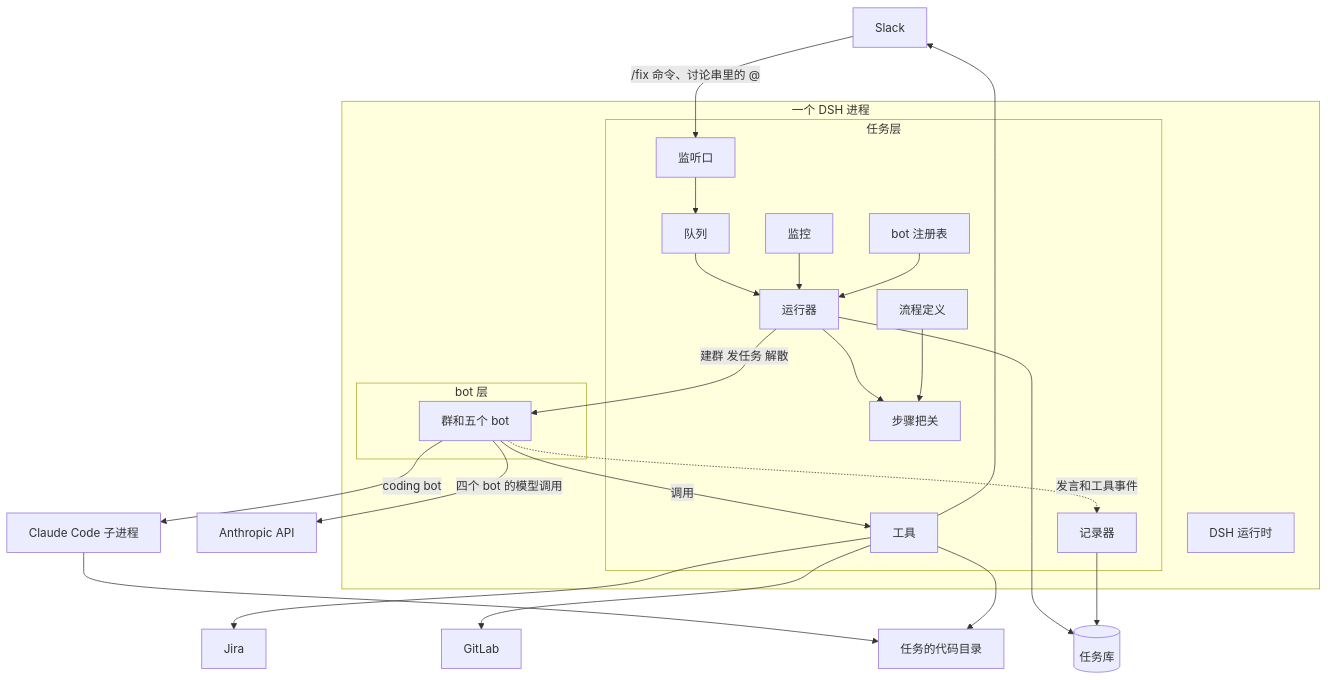
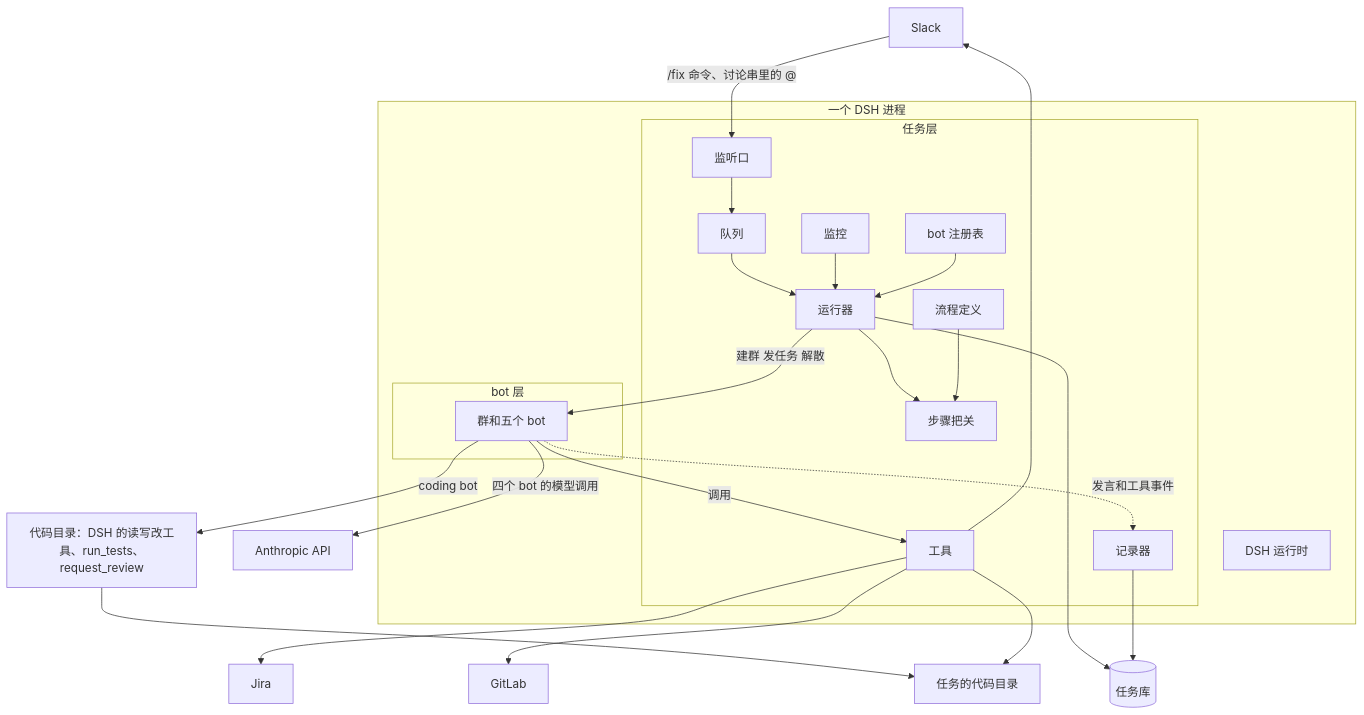
Before and after one commit to whhe-coder/Chat-to-Fix-Agent: the first of 3 diagrams in docs/chat-to-fix/design/software-spec.md, drawn with Mermaid. The commit also changed other lines of this file and 110 other files, not shown here.

First line of the commit message:
AIINITIATIVES-5733: all five bots on DSH; drop the Claude Code route

````diff
--- a/docs/chat-to-fix/design/software-spec.md
+++ b/docs/chat-to-fix/design/software-spec.md
@@ -42,34 +41,34 @@
 ```mermaid
 flowchart TB
   slack[Slack] -->|"/fix 命令、讨论串里的 @"| intake
   subgraph proc[一个 DSH 进程]
     subgraph tasklayer[任务层]
       intake[监听口] --> queue[队列]
       queue --> runner[运行器]
       runner --> gate[步骤把关]
       monitor[监控] --> runner
       registry[bot 注册表]
       flow[流程定义]
       tools[工具]
       recorder[记录器]
     end
     subgraph botlayer[bot 层]
       group[群和五个 bot]
     end
     dsh[DSH 运行时]
   end
   registry --> runner
   flow --> gate
   runner -->|建群 发任务 解散| group
   group -->|调用| tools
   group -.->|发言和工具事件| recorder
   tools --> slack
   tools --> jira[Jira]
   tools --> gitlab[GitLab]
   group -->|四个 bot 的模型调用| api[Anthropic API]
-  group -->|coding bot| cc[Claude Code 子进程]
+  group -->|coding bot| cc[代码目录：DSH 的读写改工具、run_tests、request_review]
   cc --> wt[任务的代码目录]
   tools --> wt
   runner --> store[(任务库)]
   recorder --> store
 ```
````
